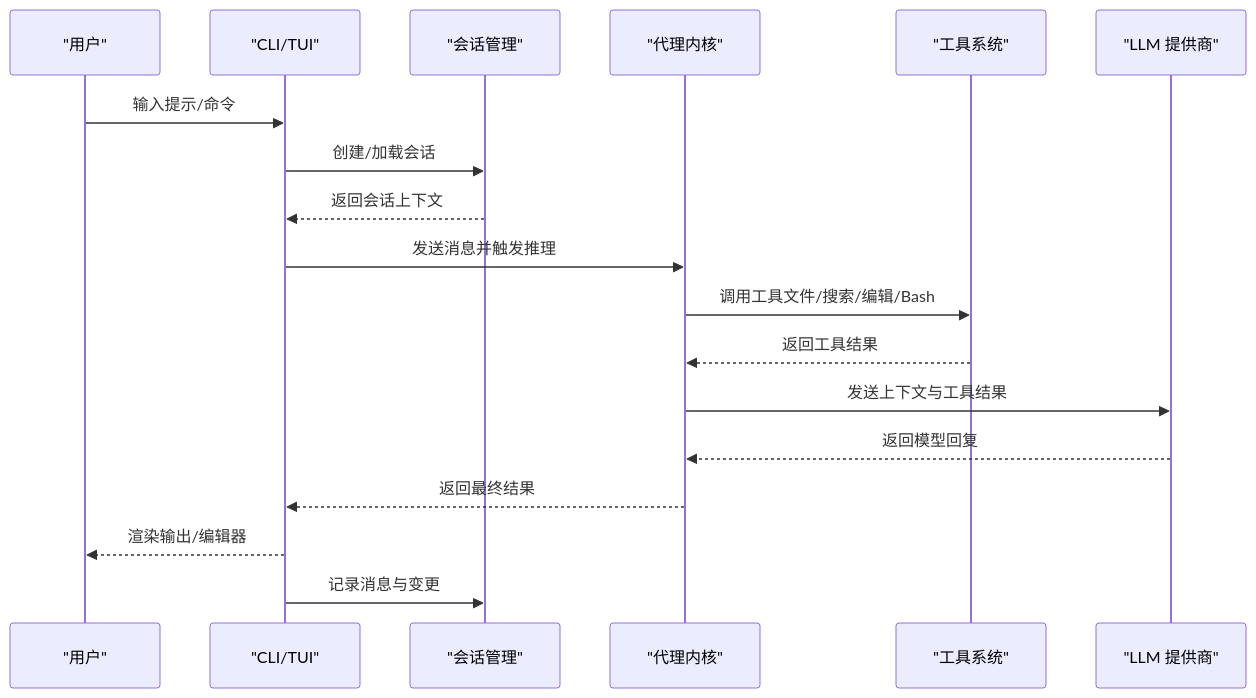
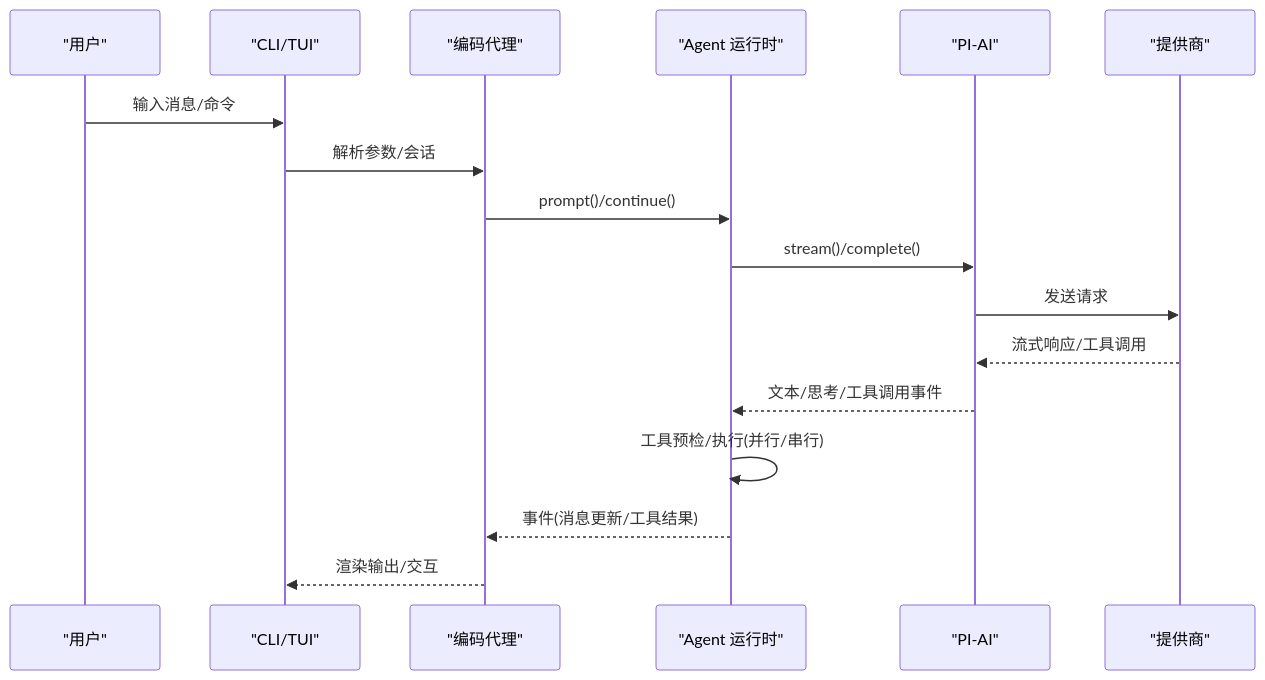
The second of 3 diagrams in .qoder/repowiki/zh/content/编码代理/编码代理.md (haolange/pi), drawn with Mermaid before and after one commit. The commit also changed other lines of this file and 246 other files, not shown here.

````diff
--- a/.qoder/repowiki/zh/content/编码代理/编码代理.md
+++ b/.qoder/repowiki/zh/content/编码代理/编码代理.md
@@ -250,20 +98,19 @@
 ```mermaid
 sequenceDiagram
 participant U as "用户"
 participant CLI as "CLI/TUI"
-participant Sess as "会话管理"
-participant Kernel as "代理内核"
-participant Tools as "工具系统"
-participant LLM as "LLM 提供商"
-U->>CLI : 输入提示/命令
-CLI->>Sess : 创建/加载会话
-Sess-->>CLI : 返回会话上下文
-CLI->>Kernel : 发送消息并触发推理
-Kernel->>Tools : 调用工具文件/搜索/编辑/Bash
-Tools-->>Kernel : 返回工具结果
-Kernel->>LLM : 发送上下文与工具结果
-LLM-->>Kernel : 返回模型回复
-Kernel-->>CLI : 返回最终结果
-CLI-->>U : 渲染输出/编辑器
-CLI->>Sess : 记录消息与变更
+participant CA as "编码代理"
+participant AG as "Agent 运行时"
+participant AI as "PI-AI"
+participant P as "提供商"
+U->>CLI : 输入消息/命令
+CLI->>CA : 解析参数/会话
+CA->>AG : prompt()/continue()
+AG->>AI : stream()/complete()
+AI->>P : 发送请求
+P-->>AI : 流式响应/工具调用
+AI-->>AG : 文本/思考/工具调用事件
+AG->>AG : 工具预检/执行(并行/串行)
+AG-->>CA : 事件(消息更新/工具结果)
+CA-->>CLI : 渲染输出/交互
 ```
````
